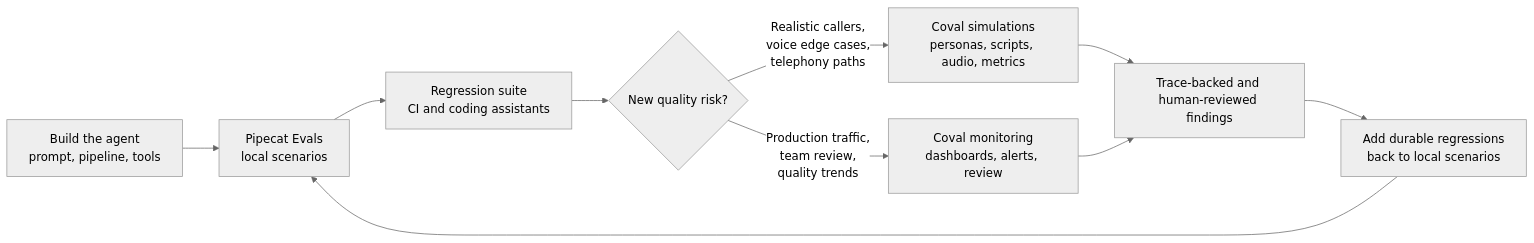
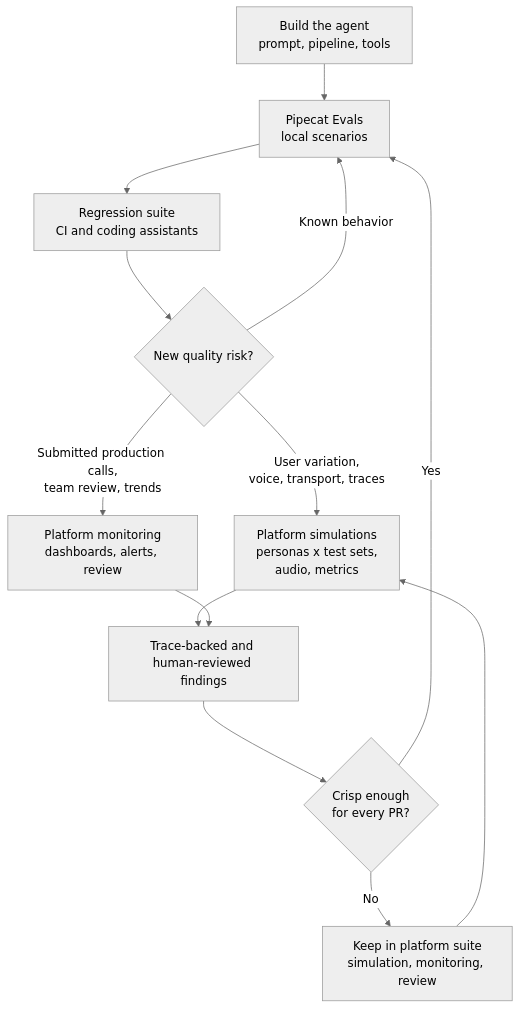
Before and after one commit to pipecat-ai/docs: the diagram in pipecat/evals/lifecycle.mdx, drawn with Mermaid (neutral theme). The commit also changed other lines of this file, not shown here.

````diff
--- a/pipecat/evals/lifecycle.mdx
+++ b/pipecat/evals/lifecycle.mdx
@@ -22,12 +25,15 @@
 ```mermaid
-flowchart LR
+flowchart TB
   A["Build the agent<br/>prompt, pipeline, tools"] --> B["Pipecat Evals<br/>local scenarios"]
   B --> C["Regression suite<br/>CI and coding assistants"]
   C --> D{"New quality risk?"}
-  D -->|"Realistic callers,<br/>voice edge cases,<br/>telephony paths"| E["Coval simulations<br/>personas, scripts, audio, metrics"]
-  D -->|"Production traffic,<br/>team review,<br/>quality trends"| F["Coval monitoring<br/>dashboards, alerts, review"]
+  D -->|"Known behavior"| B
+  D -->|"User variation,<br/>voice, transport, traces"| E["Platform simulations<br/>personas x test sets,<br/>audio, metrics"]
+  D -->|"Submitted production calls,<br/>team review, trends"| F["Platform monitoring<br/>dashboards, alerts, review"]
   E --> G["Trace-backed and human-reviewed findings"]
   F --> G
-  G --> H["Add durable regressions<br/>back to local scenarios"]
-  H --> B
+  G --> H{"Crisp enough<br/>for every PR?"}
+  H -->|"Yes"| B
+  H -->|"No"| I["Keep in platform suite<br/>simulation, monitoring, review"]
+  I --> E
 ```
````
